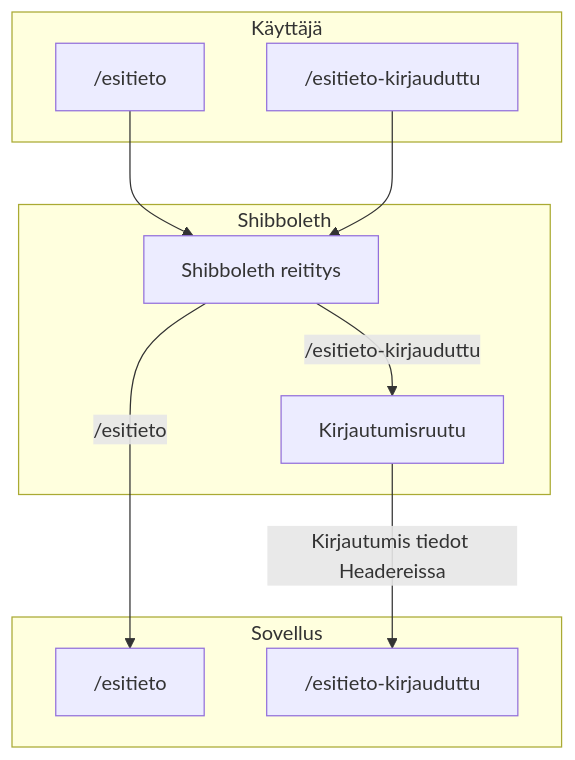
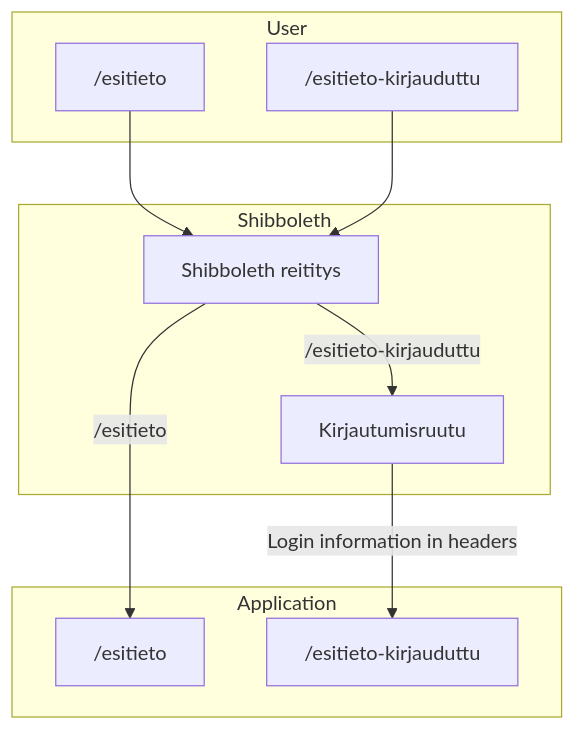
One commit to UniversityOfHelsinkiCS/esitieto changed the diagram in documentation/developer/shibboleth.md. Above: the diagram before and after it, drawn with Mermaid. The commit also changed other lines of this file, not shown here.

````diff
--- a/documentation/developer/shibboleth.md
+++ b/documentation/developer/shibboleth.md
@@ -5,16 +5,16 @@
 ```mermaid
 flowchart TD
-    subgraph Käyttäjä
+    subgraph User
     A["/esitieto"]
     B["/esitieto-kirjauduttu"]
     end
     subgraph Shibboleth
     A --> C[Shibboleth reititys]
     B --> C
     C --"/esitieto-kirjauduttu"--> E["Kirjautumisruutu"]
     end
-    subgraph Sovellus
+    subgraph Application
     C --"/esitieto"--> D["/esitieto"]
-    E --"Kirjautumis tiedot Headereissa"--> F["/esitieto-kirjauduttu"]
+    E --"Login information in headers"--> F["/esitieto-kirjauduttu"]
     end
 ```
````
